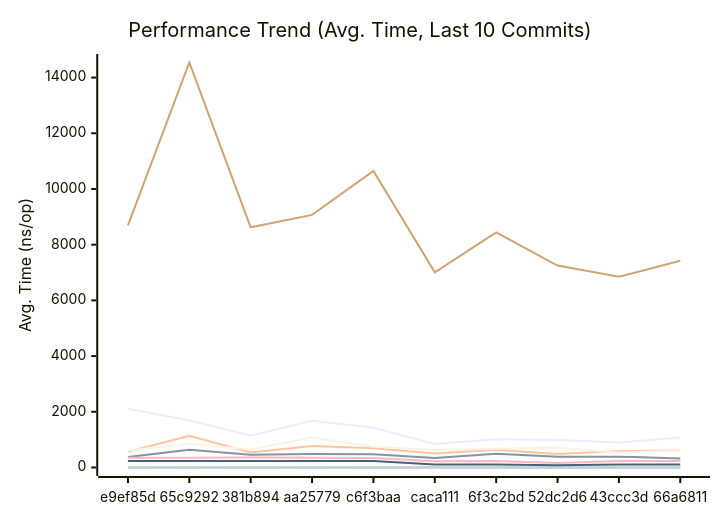
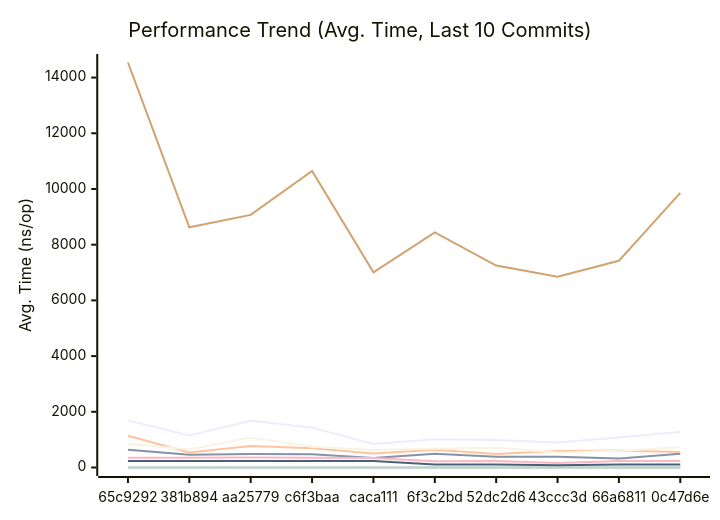
One commit to alsotoes/momo changed the first of 3 diagrams in docs/PERFORMANCE.md. Above: the diagram before and after it, drawn with Mermaid. The commit also changed other lines of this file and 2 other files, not shown here.

````diff
--- a/docs/PERFORMANCE.md
+++ b/docs/PERFORMANCE.md
@@ -128,18 +128,18 @@
 ```mermaid
 xychart-beta
     title "Performance Trend (Avg. Time, Last 10 Commits)"
     x-axis "Commit"
     y-axis "Avg. Time (ns/op)"
-    x-axis [e9ef85d,65c9292,381b894,aa25779,c6f3baa,caca111,6f3c2bd,52dc2d6,43ccc3d,66a6811]
-    line "CheckMetricsAndSwap" [9,14,13,17,12,10,9,10,11,13]
-    line "CrushOptimized" [377,635,462,481,472,342,495,390,390,319]
-    line "CrushOriginal" [563,1141,538,771,688,503,637,485,595,606]
-    line "IndexDirectTracking" [0,1,1,0,1,0,0,0,0,0]
-    line "IndexSearch" [2,4,3,4,4,3,3,3,3,3]
-    line "LoadGlobalConfig" [8691,14541,8623,9070,10649,7011,8444,7250,6847,7422]
-    line "PadString" [3,3,3,3,3,2,3,3,3,3]
+    x-axis [65c9292,381b894,aa25779,c6f3baa,caca111,6f3c2bd,52dc2d6,43ccc3d,66a6811,0c47d6e]
+    line "CheckMetricsAndSwap" [14,13,17,12,10,9,10,11,13,13]
+    line "CrushOptimized" [635,462,481,472,342,495,390,390,319,494]
+    line "CrushOriginal" [1141,538,771,688,503,637,485,595,606,560]
+    line "IndexDirectTracking" [1,1,0,1,0,0,0,0,0,1]
+    line "IndexSearch" [4,3,4,4,3,3,3,3,3,4]
+    line "LoadGlobalConfig" [14541,8623,9070,10649,7011,8444,7250,6847,7422,9861]
+    line "PadString" [3,3,3,3,2,3,3,3,3,3]
     line "ParseReplicationOrder_NoPrealloc" [350,349,357,354,345,225,229,165,232,234]
     line "ParseReplicationOrder_Prealloc" [229,231,237,234,229,108,107,80,110,109]
-    line "SanitizeLog/Safe" [610,855,645,1080,747,628,673,708,538,598]
-    line "SanitizeLog/Unsafe" [2106,1691,1147,1679,1432,841,1013,990,899,1078]
+    line "SanitizeLog/Safe" [855,645,1080,747,628,673,708,538,598,725]
+    line "SanitizeLog/Unsafe" [1691,1147,1679,1432,841,1013,990,899,1078,1279]
 ```
````
